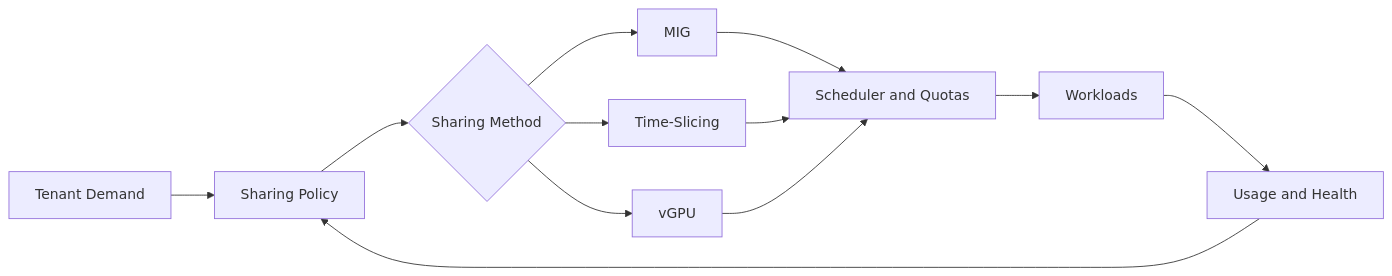
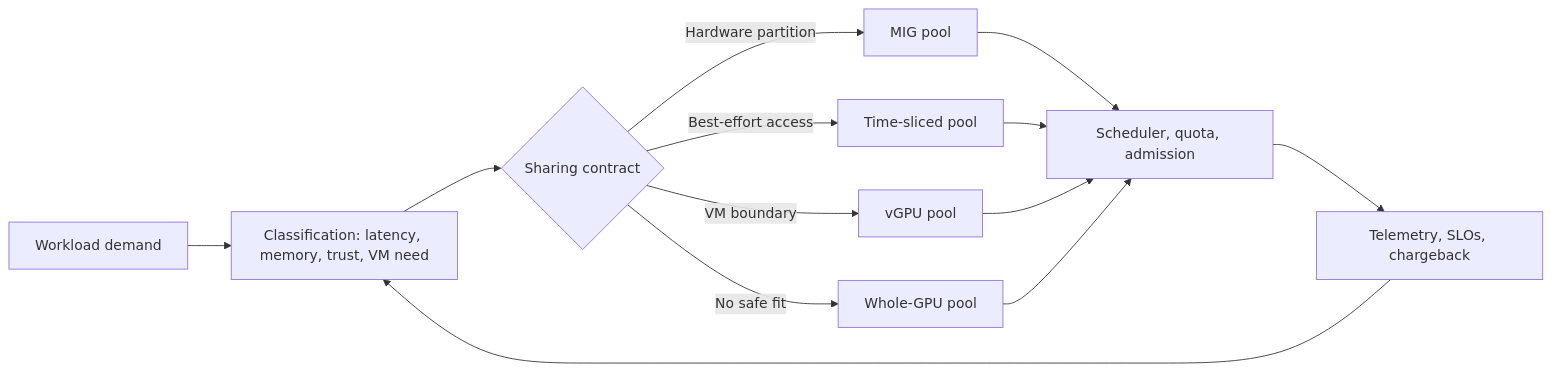
The diagram in docs/nvidia-zero-to-hero/volume-11/index.md (jithinpnjm/nvidia-devops), drawn with Mermaid before and after one commit. The commit also changed other lines of this file and 4 other files, not shown here.

````diff
--- a/docs/nvidia-zero-to-hero/volume-11/index.md
+++ b/docs/nvidia-zero-to-hero/volume-11/index.md
@@ -28,21 +25,15 @@
 ```mermaid
 flowchart LR
-    Demand[Tenant Demand]
-    Policy[Sharing Policy]
-    Method{Sharing Method}
-    MIG[MIG]
-    TS[Time-Slicing]
-    VGPU[vGPU]
-    Scheduler[Scheduler and Quotas]
-    Workload[Workloads]
-    Telemetry[Usage and Health]
-
-    Demand --> Policy --> Method
-    Method --> MIG
-    Method --> TS
-    Method --> VGPU
-    MIG --> Scheduler
-    TS --> Scheduler
-    VGPU --> Scheduler
-    Scheduler --> Workload --> Telemetry --> Policy
+    D[Workload demand] --> C[Classification: latency, memory, trust, VM need]
+    C --> P{Sharing contract}
+    P -->|Hardware partition| M[MIG pool]
+    P -->|Best-effort access| T[Time-sliced pool]
+    P -->|VM boundary| V[vGPU pool]
+    P -->|No safe fit| W[Whole-GPU pool]
+    M --> S[Scheduler, quota, admission]
+    T --> S
+    V --> S
+    W --> S
+    S --> O[Telemetry, SLOs, chargeback]
+    O --> C
 ```
````
